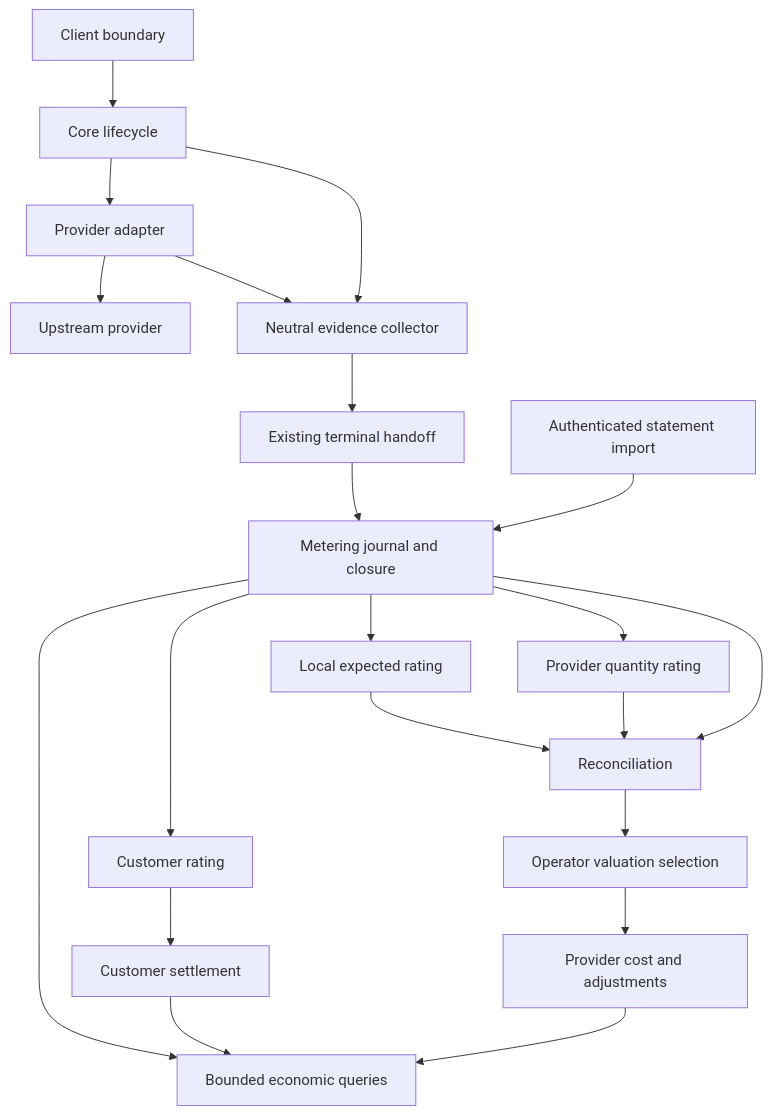
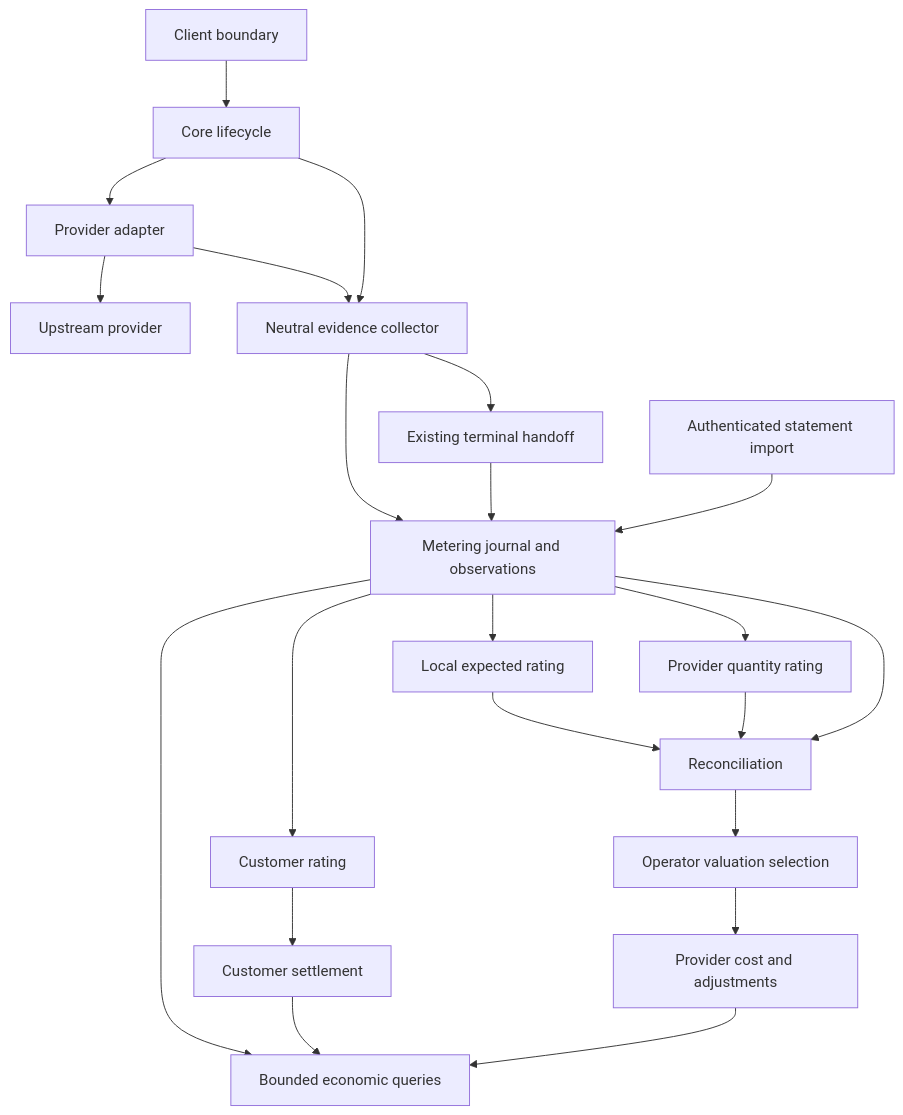
Before and after one commit to matdev83/go-llm-interactive-proxy: the first of 3 diagrams in .kiro/specs/extensible-usage-economics-reconciliation/design.md, drawn with Mermaid. The commit also changed other lines of this file and 4 other files, not shown here.

````diff
--- a/.kiro/specs/extensible-usage-economics-reconciliation/design.md
+++ b/.kiro/specs/extensible-usage-economics-reconciliation/design.md
@@ -47,23 +47,24 @@
 ```mermaid
 flowchart TD
     Client[Client boundary] --> Runtime[Core lifecycle]
     Runtime --> Backend[Provider adapter]
     Backend --> Upstream[Upstream provider]
     Backend --> Capture[Neutral evidence collector]
     Runtime --> Capture
+    Capture --> Journal[Metering journal and observations]
     Capture --> Terminal[Existing terminal handoff]
-    Terminal --> Journal[Metering journal and closure]
+    Terminal --> Journal
     Journal --> LocalRating[Local expected rating]
     Journal --> ProviderRating[Provider quantity rating]
     Journal --> Retail[Customer rating]
     Statements[Authenticated statement import] --> Journal
     LocalRating --> Reconcile[Reconciliation]
     ProviderRating --> Reconcile
     Journal --> Reconcile
     Retail --> Settlement[Customer settlement]
     Reconcile --> Selection[Operator valuation selection]
     Selection --> COGS[Provider cost and adjustments]
     Journal --> Reports[Bounded economic queries]
     Settlement --> Reports
     COGS --> Reports
 ```
````
